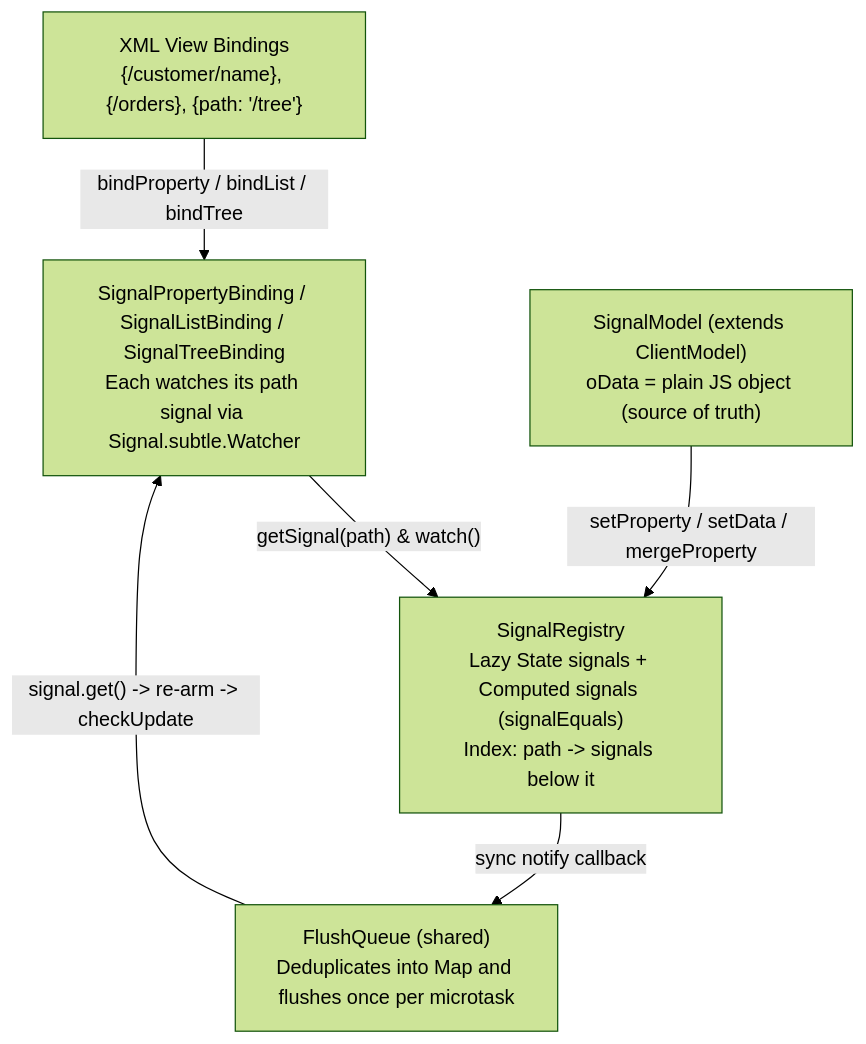
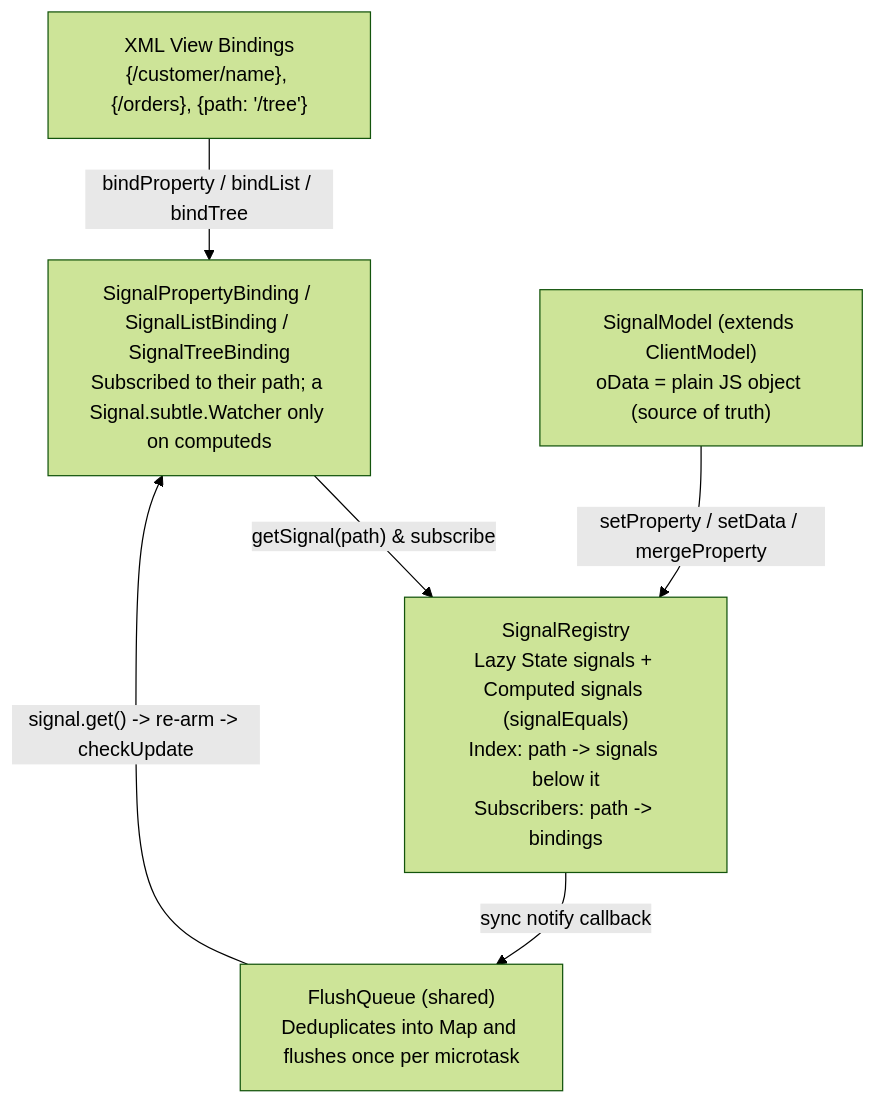
The first of 5 diagrams in docs/architecture.md (wridgeu/ui5-lib-signal-model), drawn with Mermaid (forest theme) before and after one commit. The commit also changed other lines of this file and 22 other files, not shown here.

````diff
--- a/docs/architecture.md
+++ b/docs/architecture.md
@@ -7,14 +7,14 @@
 ```mermaid
 flowchart TD
   Views["XML View Bindings<br/>{/customer/name}, {/orders}, {path: '/tree'}"]
-  Bindings["SignalPropertyBinding / SignalListBinding / SignalTreeBinding<br/>Each watches its path signal via Signal.subtle.Watcher"]
+  Bindings["SignalPropertyBinding / SignalListBinding / SignalTreeBinding<br/>Subscribed to their path; a Signal.subtle.Watcher only on computeds"]
   Queue["FlushQueue (shared)<br/>Deduplicates into Map and flushes once per microtask"]
-  Registry["SignalRegistry<br/>Lazy State signals + Computed signals (signalEquals)<br/>Index: path -> signals below it"]
+  Registry["SignalRegistry<br/>Lazy State signals + Computed signals (signalEquals)<br/>Index: path -> signals below it<br/>Subscribers: path -> bindings"]
   Model["SignalModel (extends ClientModel)<br/>oData = plain JS object (source of truth)"]
 
   Views -->|"bindProperty / bindList / bindTree"| Bindings
-  Bindings -->|"getSignal(path) & watch()"| Registry
+  Bindings -->|"getSignal(path) & subscribe"| Registry
   Registry -->|"sync notify callback"| Queue
   Queue -->|"signal.get() -> re-arm -> checkUpdate"| Bindings
   Model -->|"setProperty / setData / mergeProperty"| Registry
 ```
````
